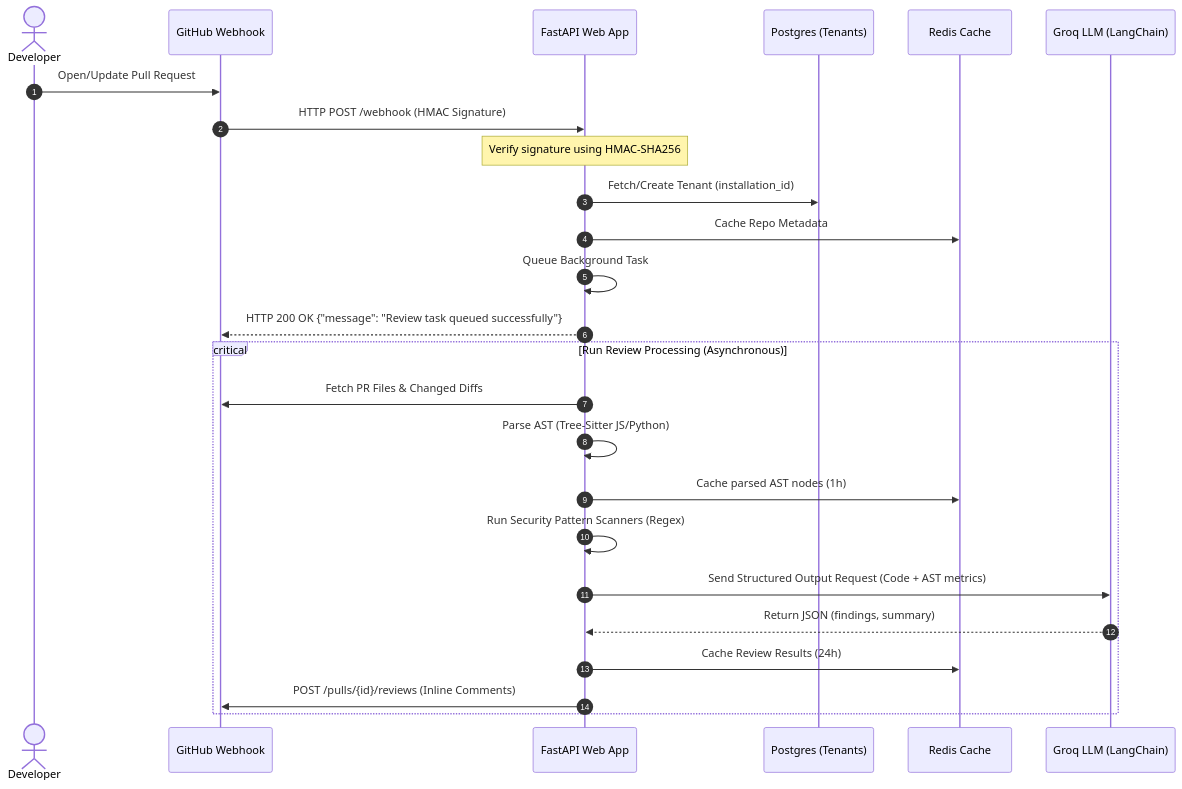
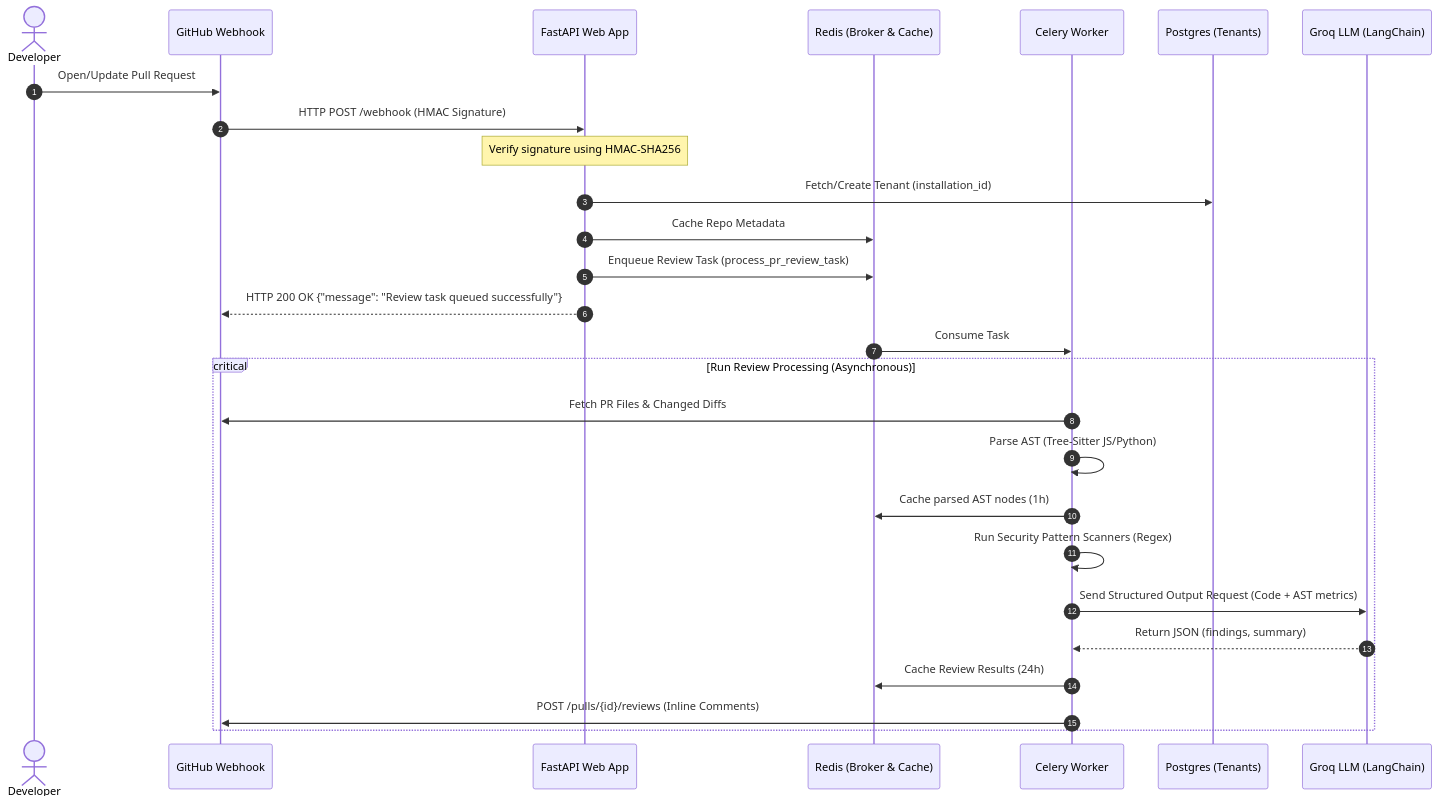
Before and after one commit to ruldak/Autonomous-AI-Code-Review-Agent: the first of 2 diagrams in README.md, drawn with Mermaid. The commit also changed other lines of this file, not shown here.

````diff
--- a/README.md
+++ b/README.md
@@ -153,29 +160,31 @@
 ```mermaid
 sequenceDiagram
     autonumber
     actor Dev as Developer
     participant GH as GitHub Webhook
     participant API as FastAPI Web App
+    participant Broker as Redis (Broker & Cache)
+    participant Worker as Celery Worker
     participant DB as Postgres (Tenants)
-    participant Redis as Redis Cache
     participant LLM as Groq LLM (LangChain)
     
     Dev->>GH: Open/Update Pull Request
     GH->>API: HTTP POST /webhook (HMAC Signature)
     Note over API: Verify signature using HMAC-SHA256
     API->>DB: Fetch/Create Tenant (installation_id)
-    API->>Redis: Cache Repo Metadata
-    API->>API: Queue Background Task
+    API->>Broker: Cache Repo Metadata
+    API->>Broker: Enqueue Review Task (process_pr_review_task)
     API-->>GH: HTTP 200 OK {"message": "Review task queued successfully"}
     
+    Broker->>Worker: Consume Task
     critical Run Review Processing (Asynchronous)
-        API->>GH: Fetch PR Files & Changed Diffs
-        API->>API: Parse AST (Tree-Sitter JS/Python)
-        API->>Redis: Cache parsed AST nodes (1h)
-        API->>API: Run Security Pattern Scanners (Regex)
-        API->>LLM: Send Structured Output Request (Code + AST metrics)
-        LLM-->>API: Return JSON (findings, summary)
-        API->>Redis: Cache Review Results (24h)
-        API->>GH: POST /pulls/{id}/reviews (Inline Comments)
+        Worker->>GH: Fetch PR Files & Changed Diffs
+        Worker->>Worker: Parse AST (Tree-Sitter JS/Python)
+        Worker->>Broker: Cache parsed AST nodes (1h)
+        Worker->>Worker: Run Security Pattern Scanners (Regex)
+        Worker->>LLM: Send Structured Output Request (Code + AST metrics)
+        LLM-->>Worker: Return JSON (findings, summary)
+        Worker->>Broker: Cache Review Results (24h)
+        Worker->>GH: POST /pulls/{id}/reviews (Inline Comments)
     end
 ```
````
